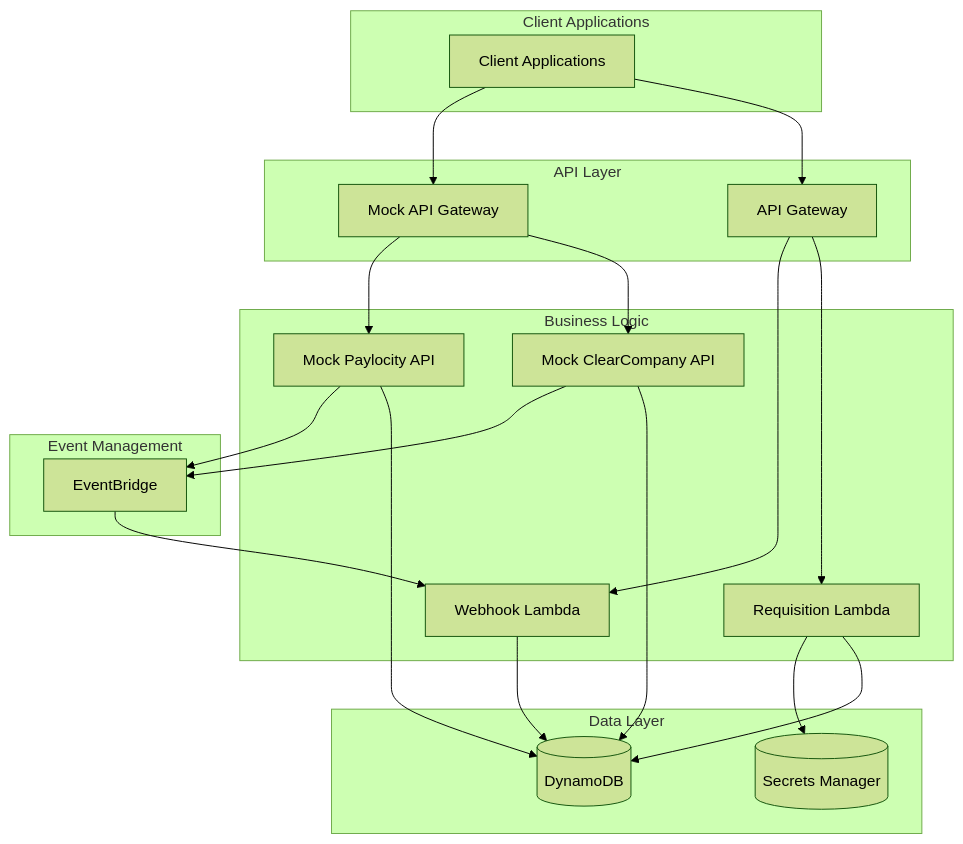
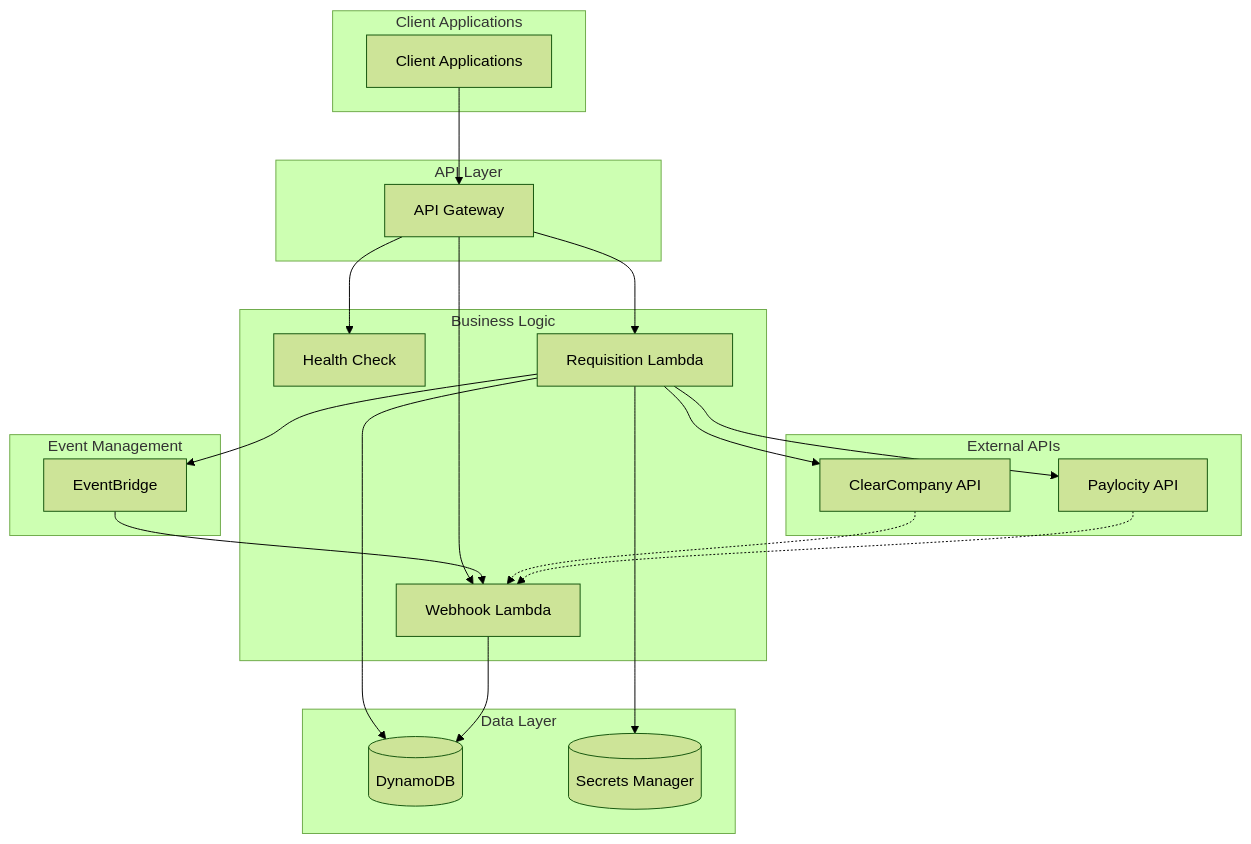
The first of 10 diagrams in docs/SOLUTION_APPROACH.md (amitjainharbinger/aura-assignment), drawn with Mermaid (forest theme) before and after one commit. The commit also changed other lines of this file and 2 other files, not shown here.

````diff
--- a/docs/SOLUTION_APPROACH.md
+++ b/docs/SOLUTION_APPROACH.md
@@ -23,42 +23,44 @@
 ```mermaid
 graph TB
     subgraph "Client Applications"
         Client[Client Applications]
     end
 
     subgraph "API Layer"
         APIG[API Gateway]
-        MockAPIG[Mock API Gateway]
     end
 
     subgraph "Business Logic"
+        HealthLambda[Health Check]
         ReqLambda[Requisition Lambda]
         WebhookLambda[Webhook Lambda]
-        MockCC[Mock ClearCompany API]
-        MockPL[Mock Paylocity API]
     end
 
     subgraph "Data Layer"
         DDB[(DynamoDB)]
         SecMgr[(Secrets Manager)]
     end
 
     subgraph "Event Management"
         EB[EventBridge]
     end
 
+    subgraph "External APIs"
+        CC[ClearCompany API]
+        PL[Paylocity API]
+    end
+
     Client --> APIG
-    Client --> MockAPIG
+    APIG --> HealthLambda
     APIG --> ReqLambda
     APIG --> WebhookLambda
-    MockAPIG --> MockCC
-    MockAPIG --> MockPL
     ReqLambda --> DDB
     WebhookLambda --> DDB
-    MockCC --> DDB
-    MockPL --> DDB
     ReqLambda --> SecMgr
-    MockCC --> EB
-    MockPL --> EB
+    ReqLambda --> CC
+    ReqLambda --> PL
+    ReqLambda --> EB
     EB --> WebhookLambda
+    CC -.-> WebhookLambda
+    PL -.-> WebhookLambda
 ```
````
